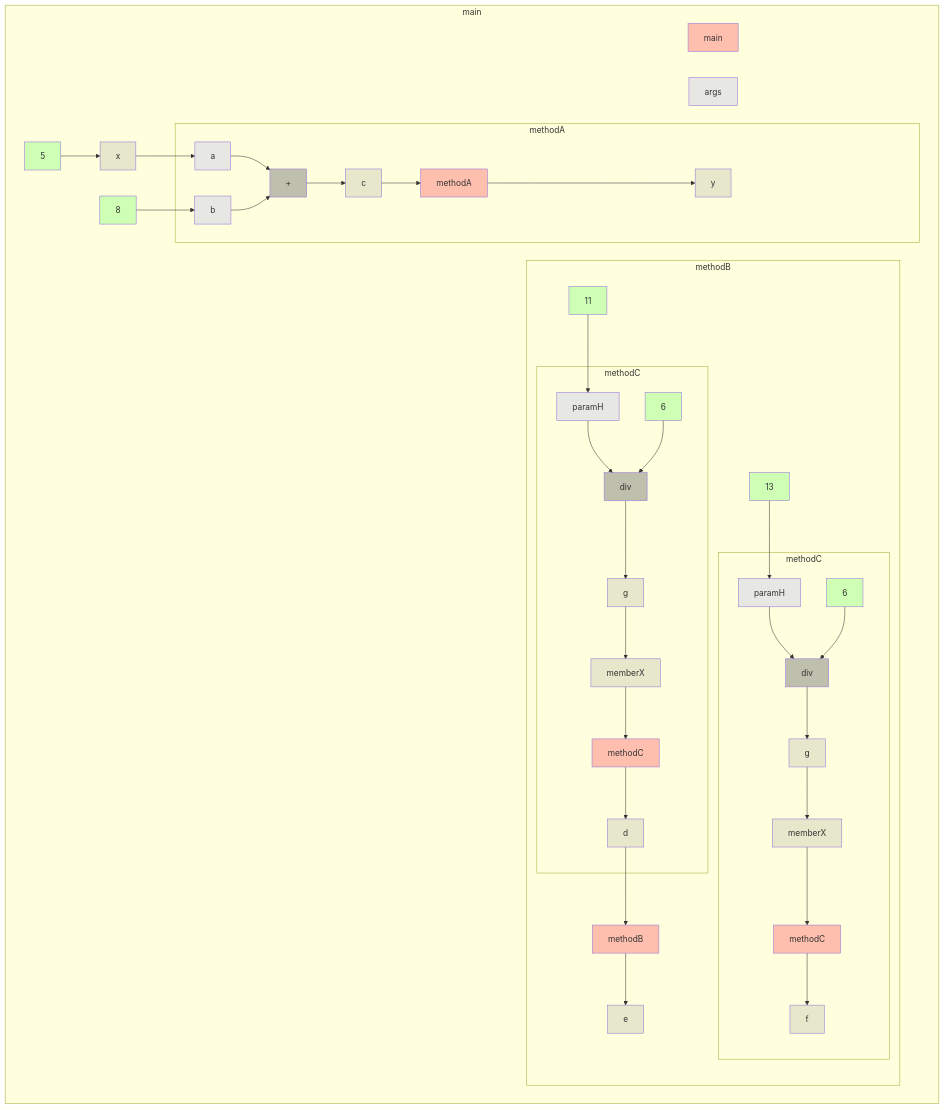
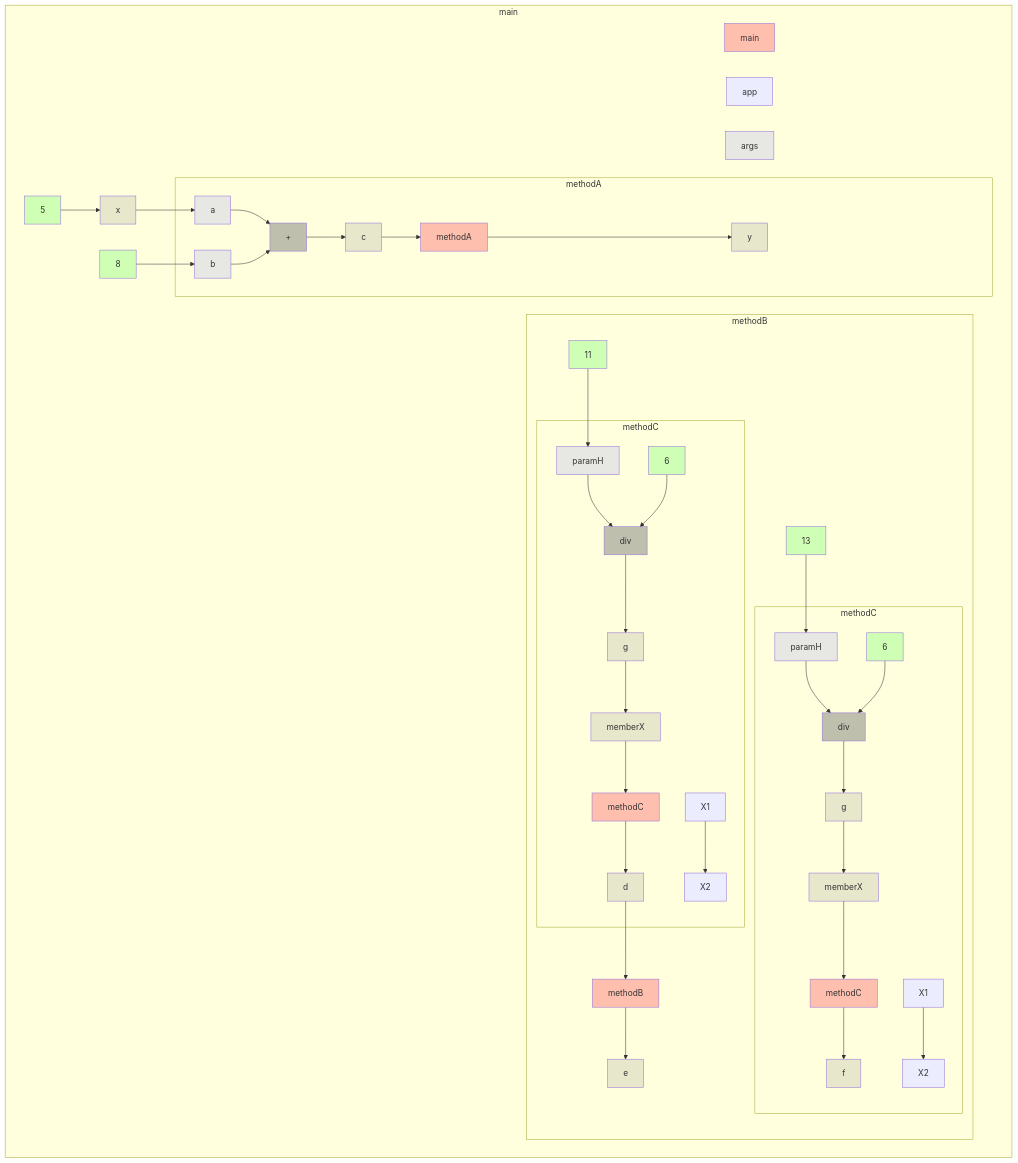
One commit to gstiebler/codeflow changed the diagram in app/src/test/resources/funcCall/truth.md. Above: the diagram before and after it, drawn with Mermaid. The commit also changed 4 other files, not shown here.

````diff
--- a/app/src/test/resources/funcCall/truth.md
+++ b/app/src/test/resources/funcCall/truth.md
@@ -1,71 +1,78 @@
 ```mermaid
 flowchart TD
   subgraph 4309014["main"]
     56853577[main]:::RETURN
     1347555656[5]:::LITERAL
     1347555827[8]:::LITERAL
     1347556717[e]:::VARIABLE
     1347556760[x]:::VARIABLE
     1347556844[y]:::VARIABLE
+    1349200525[app]:::OBJ_VARIABLE
     1398539838[args]:::FUNC_PARAM
     1347555656[5]:::LITERAL --> 1347556760[x]:::VARIABLE
     1347555827[8]:::LITERAL --> 171748789[b]:::FUNC_PARAM
     1347556760[x]:::VARIABLE --> 171748744[a]:::FUNC_PARAM
     subgraph -1676100867["methodA"]
       171747948[+]:::BIN_OP
       171748744[a]:::FUNC_PARAM
       171748789[b]:::FUNC_PARAM
       171748844[c]:::VARIABLE
       17591636379[methodA]:::RETURN
       171747948[+]:::BIN_OP --> 171748844[c]:::VARIABLE
       171748744[a]:::FUNC_PARAM --> 171747948[+]:::BIN_OP
       171748789[b]:::FUNC_PARAM --> 171747948[+]:::BIN_OP
       171748844[c]:::VARIABLE --> 17591636379[methodA]:::RETURN
       17591636379[methodA]:::RETURN --> 1347556844[y]:::VARIABLE
     end
     subgraph -1676069898["methodB"]
       171775708[d]:::VARIABLE
       171775834[f]:::VARIABLE
       171800722[11]:::LITERAL
       171801499[13]:::LITERAL
       17591637233[methodB]:::RETURN
       171775708[d]:::VARIABLE --> 17591637233[methodB]:::RETURN
       171800722[11]:::LITERAL --> -18839993683[paramH]:::FUNC_PARAM
       171801499[13]:::LITERAL --> -18839990831[paramH]:::FUNC_PARAM
       17591637233[methodB]:::RETURN --> 1347556717[e]:::VARIABLE
       subgraph 2064649567["methodC"]
         -18839993683[paramH]:::FUNC_PARAM
         -1917716587[6]:::LITERAL
         -1917715783[g]:::VARIABLE
+        -1917669583[X1]:::OBJ_VARIABLE
+        -1917669382[X2]:::OBJ_VARIABLE
         -1916026464[div]:::BIN_OP
         16302762291[memberX]:::VARIABLE
         16415855607[methodC]:::RETURN
         -18839993683[paramH]:::FUNC_PARAM --> -1916026464[div]:::BIN_OP
         -1917716587[6]:::LITERAL --> -1916026464[div]:::BIN_OP
         -1917715783[g]:::VARIABLE --> 16302762291[memberX]:::VARIABLE
+        -1917669583[X1]:::OBJ_VARIABLE --> -1917669382[X2]:::OBJ_VARIABLE
         -1916026464[div]:::BIN_OP --> -1917715783[g]:::VARIABLE
         16302762291[memberX]:::VARIABLE --> 16415855607[methodC]:::RETURN
         16415855607[methodC]:::RETURN --> 171775708[d]:::VARIABLE
       end
       subgraph 2064652971["methodC"]
         -18839990831[paramH]:::FUNC_PARAM
         -1917713735[6]:::LITERAL
         -1917712931[g]:::VARIABLE
+        -1917666731[X1]:::OBJ_VARIABLE
+        -1917666530[X2]:::OBJ_VARIABLE
         -1916023612[div]:::BIN_OP
         16302762383[memberX]:::VARIABLE
         16415855699[methodC]:::RETURN
         -18839990831[paramH]:::FUNC_PARAM --> -1916023612[div]:::BIN_OP
         -1917713735[6]:::LITERAL --> -1916023612[div]:::BIN_OP
         -1917712931[g]:::VARIABLE --> 16302762383[memberX]:::VARIABLE
+        -1917666731[X1]:::OBJ_VARIABLE --> -1917666530[X2]:::OBJ_VARIABLE
         -1916023612[div]:::BIN_OP --> -1917712931[g]:::VARIABLE
         16302762383[memberX]:::VARIABLE --> 16415855699[methodC]:::RETURN
         16415855699[methodC]:::RETURN --> 171775834[f]:::VARIABLE
       end
     end
   end
   classDef LITERAL fill:#00FF0030
   classDef VARIABLE fill:#80808030
   classDef BIN_OP fill:#80808080
   classDef FUNC_PARAM fill:#8080FF30
   classDef RETURN fill:#FF808080
 ```
````
